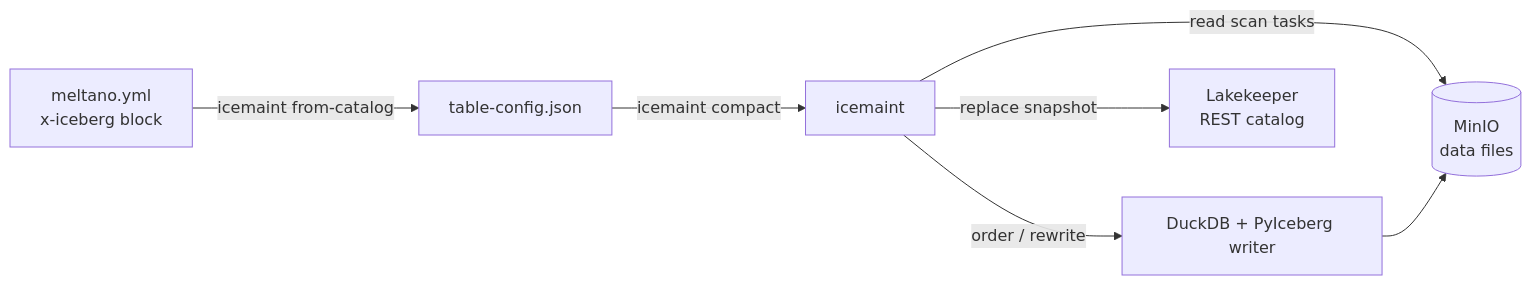
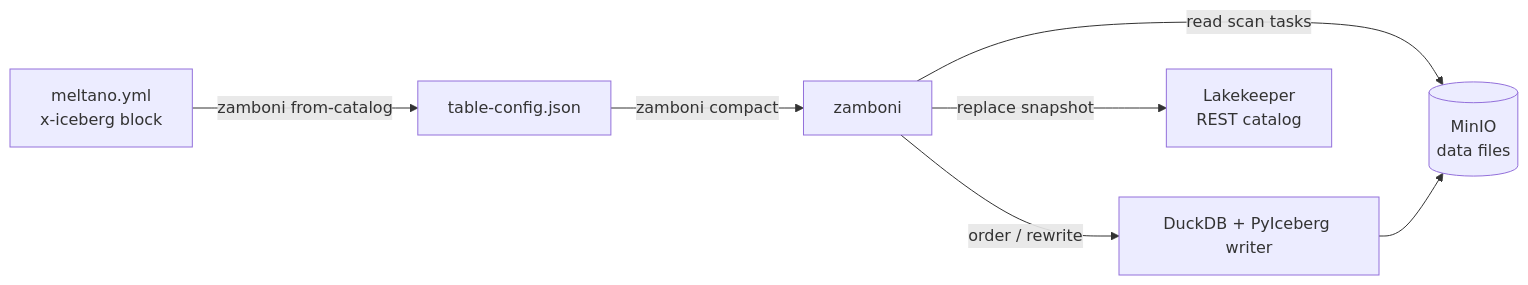
Before and after one commit to paulcaron16k/Zamboni: the first of 7 diagrams in docs/design.md, drawn with Mermaid. The commit also changed other lines of this file and 61 other files, not shown here.

First line of the commit message:
Rename the package icemaint -> zamboni

````diff
--- a/docs/design.md
+++ b/docs/design.md
@@ -37,9 +37,9 @@
 ```mermaid
 flowchart LR
-  A["meltano.yml<br/>x-iceberg block"] -->|icemaint from-catalog| B["table-config.json"]
-  B -->|icemaint compact| C["icemaint"]
+  A["meltano.yml<br/>x-iceberg block"] -->|zamboni from-catalog| B["table-config.json"]
+  B -->|zamboni compact| C["zamboni"]
   C -->|read scan tasks| D[("MinIO<br/>data files")]
   C -->|order / rewrite| E["DuckDB + PyIceberg writer"]
   E --> D
   C -->|replace snapshot| F["Lakekeeper<br/>REST catalog"]
 ```
````
